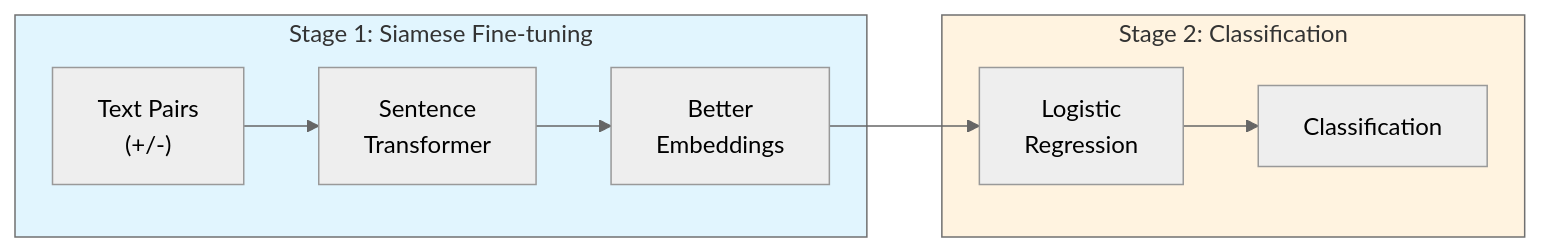
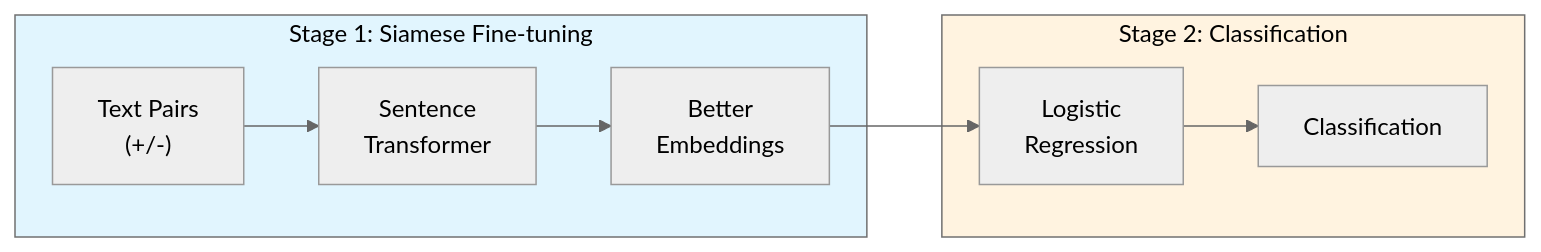
One commit to gel/gel.github.io changed the second of 2 diagrams in content/generative-ai/2-genai-research/10_genai_architecture.md. Above: the diagram before and after it, drawn with Mermaid (neutral theme). The commit also changed other lines of this file and 9 other files, not shown here.

Commit message:
feat: Add 'Ralph Wiggum Loop' trick and enhance Mermaid diagram rendering for improved theme compatibility.

````diff
--- a/content/generative-ai/2-genai-research/10_genai_architecture.md
+++ b/content/generative-ai/2-genai-research/10_genai_architecture.md
@@ -84,16 +84,16 @@
 ```mermaid
 flowchart LR
     subgraph Stage1["Stage 1: Siamese Fine-tuning"]
         Pairs["Text Pairs\n(+/-)"]
         Pairs --> ST[Sentence\nTransformer]
         ST --> Emb[Better\nEmbeddings]
     end
 
     subgraph Stage2["Stage 2: Classification"]
         Emb --> LR[Logistic\nRegression]
         LR --> Class[Classification]
     end
 
-    style Stage1 fill:#e1f5fe
-    style Stage2 fill:#fff3e0
+    style Stage1 fill:#e1f5fe,color:#000
+    style Stage2 fill:#fff3e0,color:#000
 ```
````
